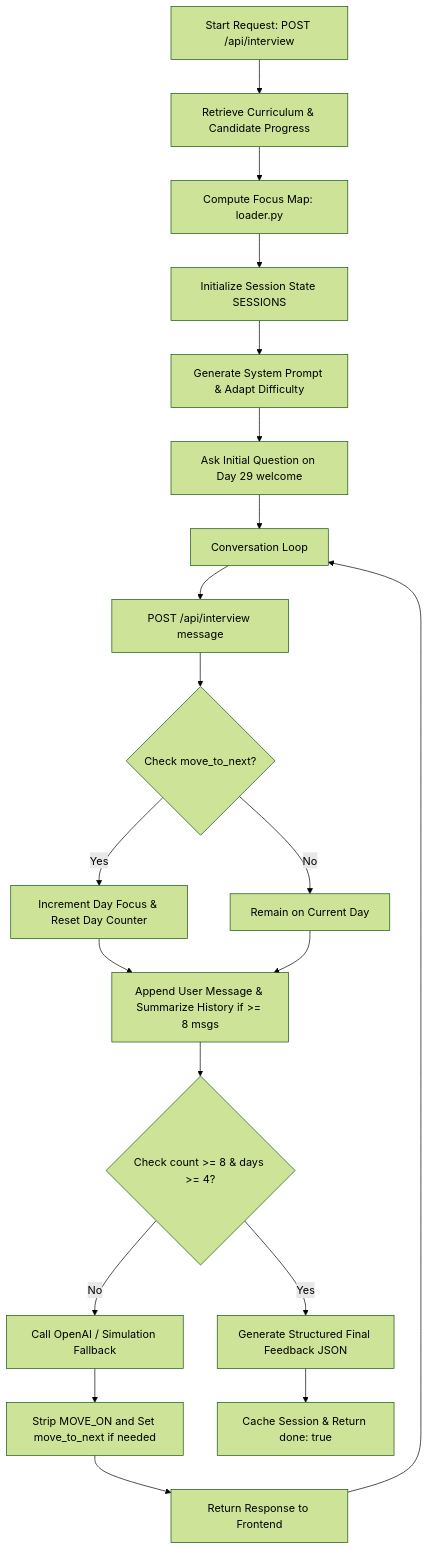
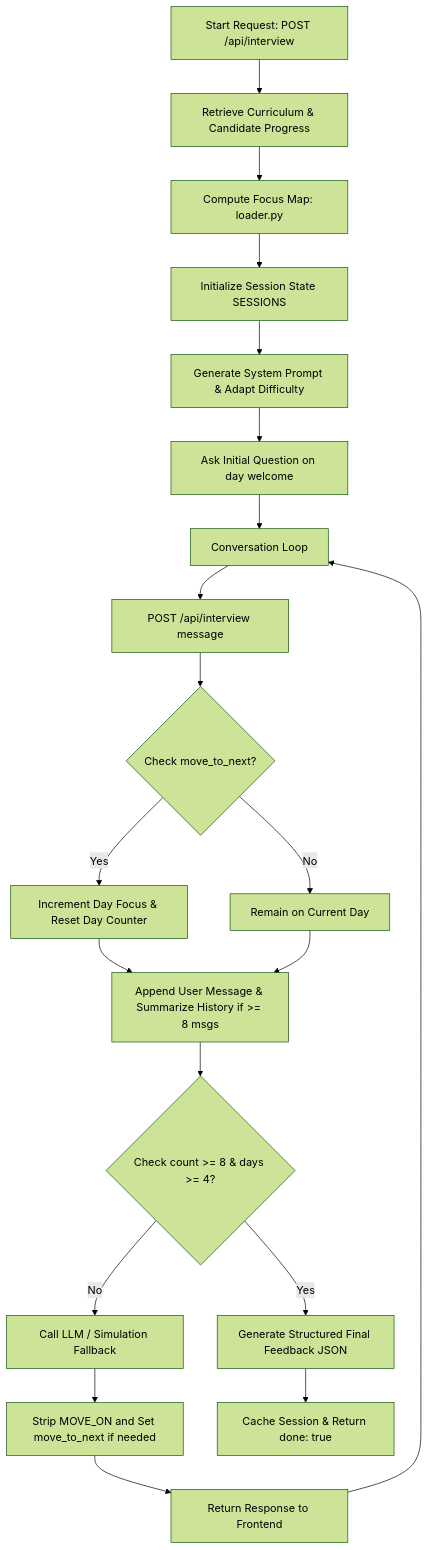
The diagram in README.md (Nikhil-217/ai-interviewer-agent), drawn with Mermaid (forest theme) before and after one commit. The commit also changed other lines of this file and 1 other file, not shown here.

Commit message:
docs: update README with architecture and practice sequences, fix compliance script path

````diff
--- a/README.md
+++ b/README.md
@@ -11,21 +11,21 @@
 ```mermaid
 graph TD
     A[Start Request: POST /api/interview] --> B[Retrieve Curriculum & Candidate Progress]
     B --> C[Compute Focus Map: loader.py]
     C --> D[Initialize Session State SESSIONS]
     D --> E[Generate System Prompt & Adapt Difficulty]
-    E --> F[Ask Initial Question on Day 29 welcome]
+    E --> F[Ask Initial Question on day welcome]
     F --> G[Conversation Loop]
     G --> H[POST /api/interview message]
     H --> I{Check move_to_next?}
     I -- Yes --> J[Increment Day Focus & Reset Day Counter]
     I -- No --> K[Remain on Current Day]
     J & K --> L[Append User Message & Summarize History if >= 8 msgs]
     L --> M{Check count >= 8 & days >= 4?}
     M -- Yes --> N[Generate Structured Final Feedback JSON]
-    M -- No --> O[Call OpenAI / Simulation Fallback]
+    M -- No --> O[Call LLM / Simulation Fallback]
     O --> P[Strip MOVE_ON and Set move_to_next if needed]
     P --> Q[Return Response to Frontend]
     Q --> G
     N --> R[Cache Session & Return done: true]
 ```
````
